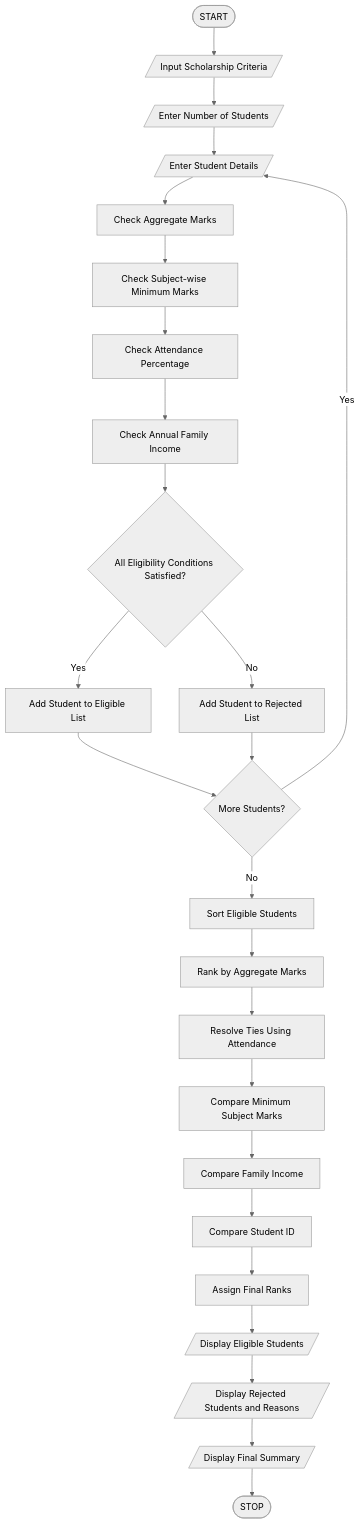
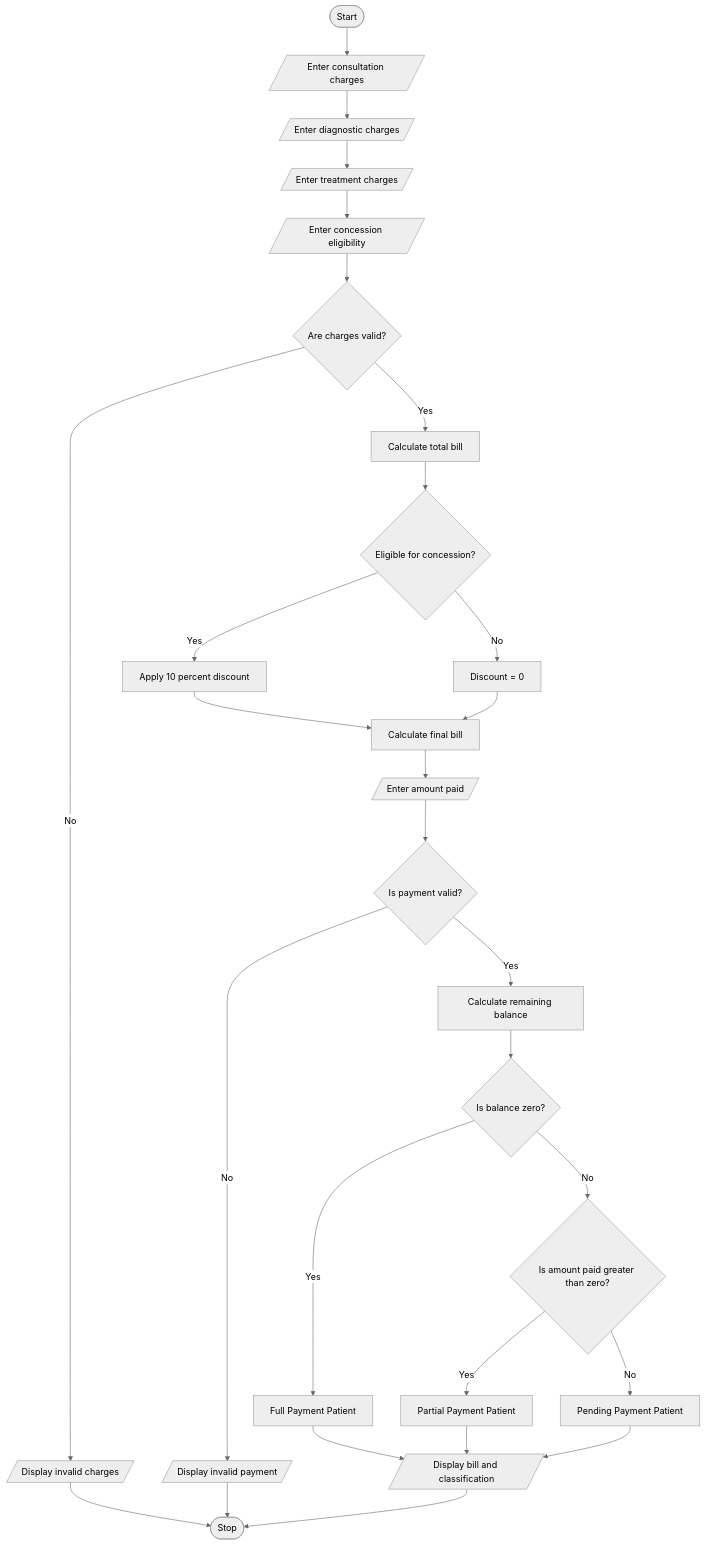
Before and after one commit to nagireddygarisaijahnavi/N-sai-jahnavi: the diagram in task1/code.md, drawn with Mermaid (neutral theme). The commit also changed other lines of this file, not shown here.

````diff
--- a/task1/code.md
+++ b/task1/code.md
@@ -43,38 +60,41 @@
 ```mermaid
+flowchart TD
+    A([Start]) --> B[/Enter consultation charges/]
+    B --> C[/Enter diagnostic charges/]
+    C --> D[/Enter treatment charges/]
+    D --> E[/Enter concession eligibility/]
+    E --> F{Are charges valid?}
 
+    F -- No --> G[/Display invalid charges/]
+    G --> Z([Stop])
 
+    F -- Yes --> H[Calculate total bill]
+    H --> I{Eligible for concession?}
 
-               
-flowchart TD
-    A([START]) --> B[/Input Scholarship Criteria/]
-    B --> C[/Enter Number of Students/]
-    C --> D[/Enter Student Details/]
-    D --> E[Check Aggregate Marks]
-    E --> F[Check Subject-wise Minimum Marks]
-    F --> G[Check Attendance Percentage]
-    G --> H[Check Annual Family Income]
-    H --> I{All Eligibility Conditions Satisfied?}
+    I -- Yes --> J[Apply 10 percent discount]
+    I -- No --> K[Discount = 0]
 
-    I -- Yes --> J[Add Student to Eligible List]
-    I -- No --> K[Add Student to Rejected List]
-
-    J --> L{More Students?}
+    J --> L[Calculate final bill]
     K --> L
 
-    L -- Yes --> D
-    L -- No --> M[Sort Eligible Students]
+    L --> M[/Enter amount paid/]
+    M --> N{Is payment valid?}
 
-    M --> N[Rank by Aggregate Marks]
-    N --> O[Resolve Ties Using Attendance]
-    O --> P[Compare Minimum Subject Marks]
-    P --> Q[Compare Family Income]
-    Q --> R[Compare Student ID]
+    N -- No --> O[/Display invalid payment/]
+    O --> Z
 
-    R --> S[Assign Final Ranks]
-    S --> T[/Display Eligible Students/]
-    T --> U[/Display Rejected Students and Reasons/]
-    U --> V[/Display Final Summary/]
-    V --> W([STOP])
+    N -- Yes --> P[Calculate remaining balance]
+    P --> Q{Is balance zero?}
 
-             
+    Q -- Yes --> R[Full Payment Patient]
+    Q -- No --> S{Is amount paid greater than zero?}
+
+    S -- Yes --> T[Partial Payment Patient]
+    S -- No --> U[Pending Payment Patient]
+
+    R --> V[/Display bill and classification/]
+    T --> V
+    U --> V
+
+    V --> Z([Stop])
 ```
````
